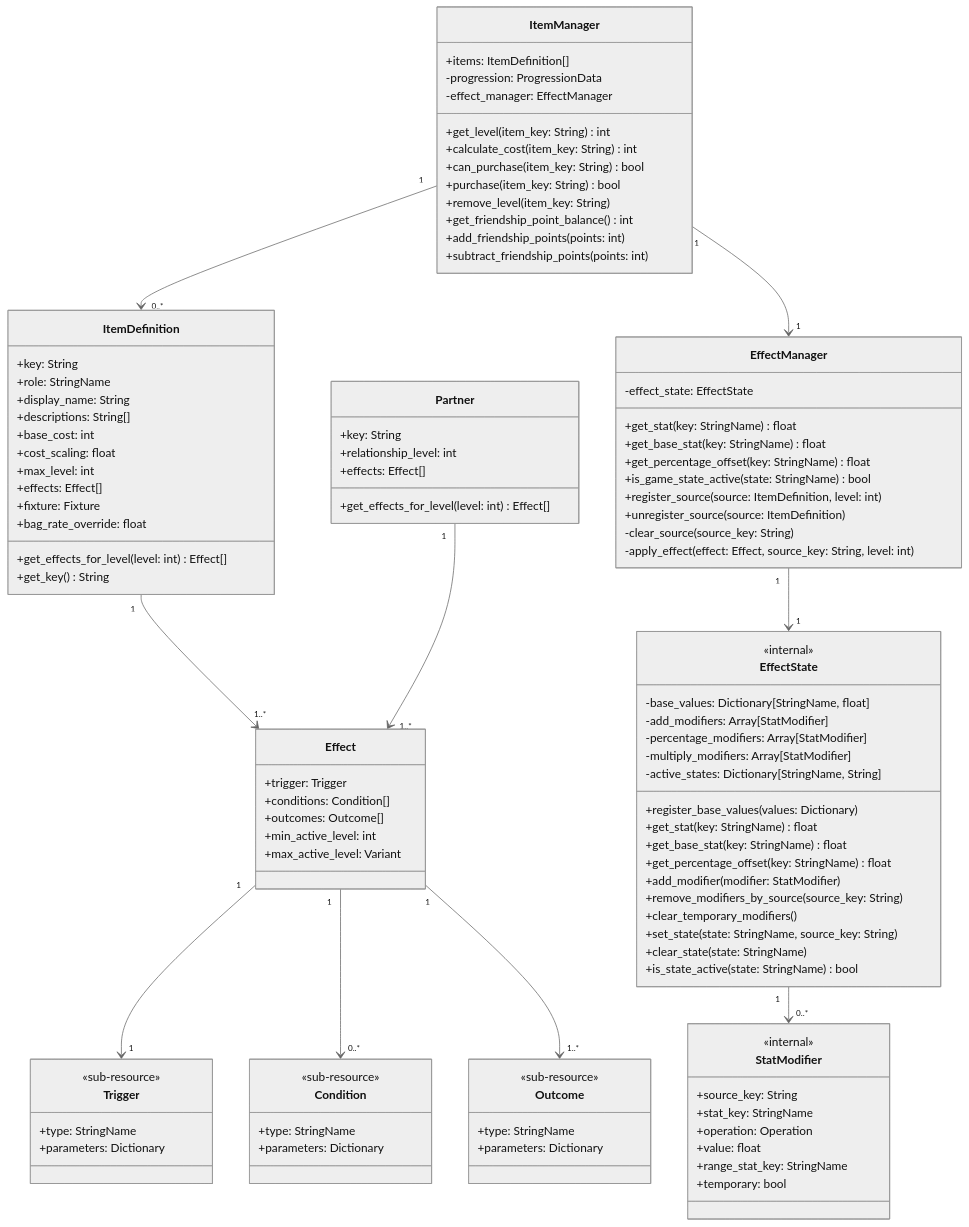
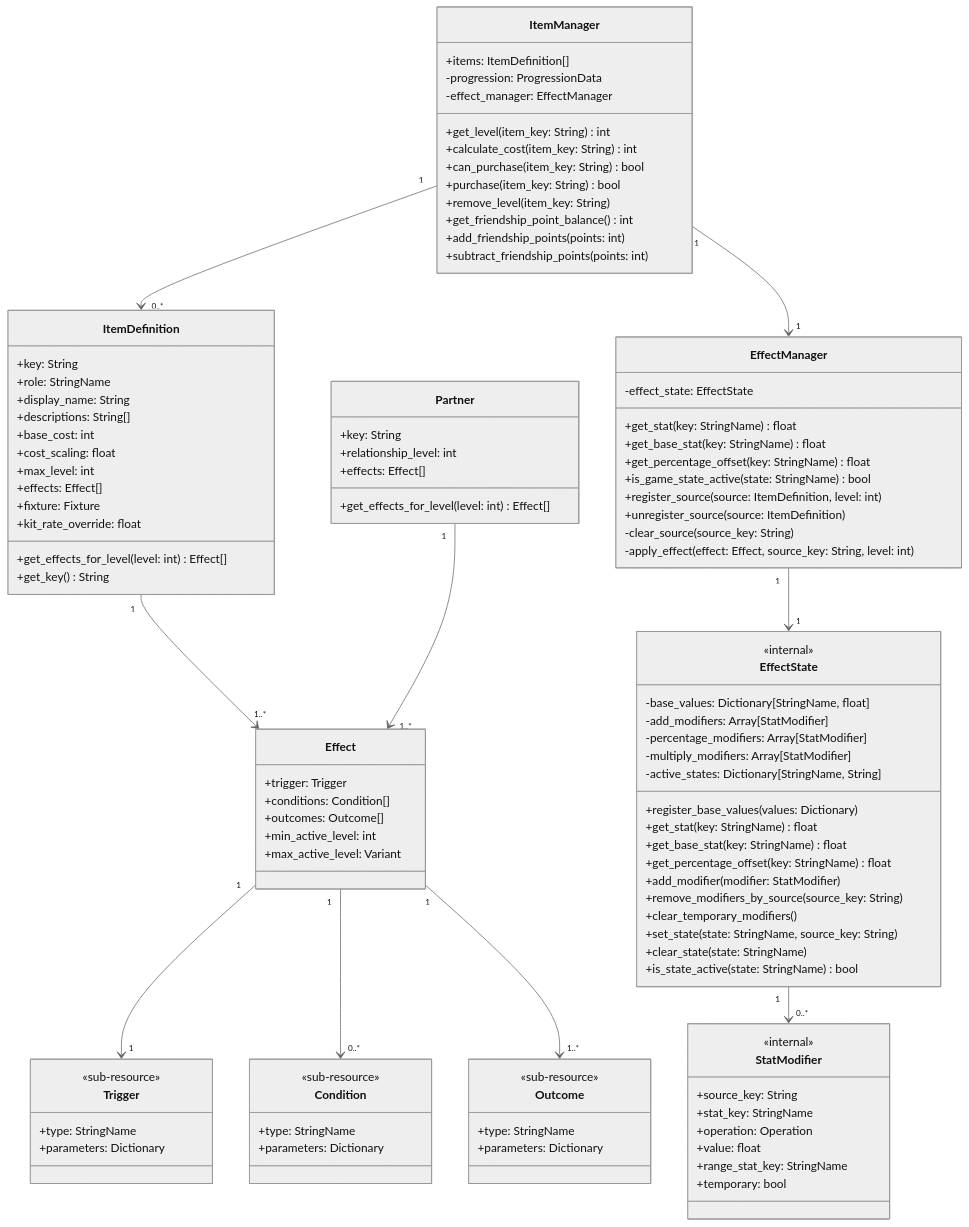
One commit to shuck-dev/volley changed the first of 10 diagrams in designs/01-prototype/07-effect-system.md. Above: the diagram before and after it, drawn with Mermaid (neutral theme). The commit also changed other lines of this file and 13 other files, not shown here.

```diff
--- a/designs/01-prototype/07-effect-system.md
+++ b/designs/01-prototype/07-effect-system.md
@@ -24,7 +24,7 @@
         +max_level: int
         +effects: Effect[]
         +fixture: Fixture
-        +bag_rate_override: float
+        +kit_rate_override: float
         +get_effects_for_level(level: int) Effect[]
         +get_key() String
     }
```
